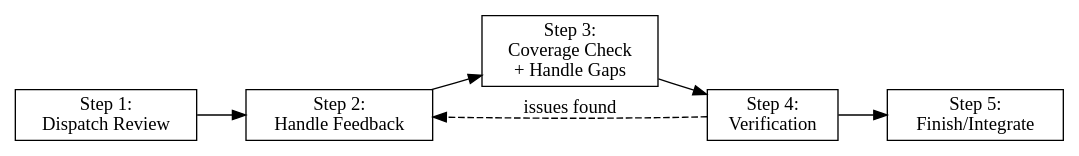
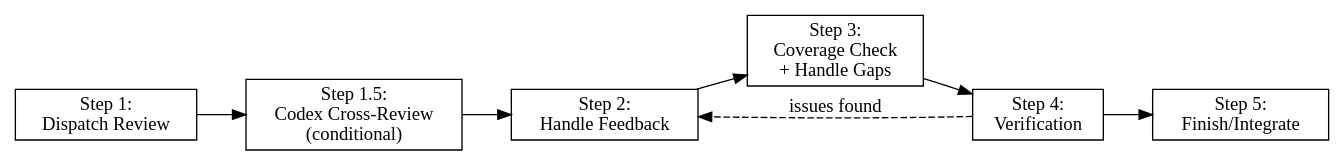
Before and after one commit to knotmark-ai/devmuse: the diagram in skills/mu-review/SKILL.md, drawn with Graphviz. The commit also changed other lines of this file and 16 other files, not shown here.

First line of the commit message:
feat: add Codex CLI cross-review capability to mu-review (#10)

````diff
--- a/skills/mu-review/SKILL.md
+++ b/skills/mu-review/SKILL.md
@@ -14,18 +14,20 @@
 ```dot
 digraph review_process {
     rankdir=LR;
     node [shape=box];
 
     dispatch [label="Step 1:\nDispatch Review"];
+    codex [label="Step 1.5:\nCodex Cross-Review\n(conditional)"];
     feedback [label="Step 2:\nHandle Feedback"];
     coverage [label="Step 3:\nCoverage Check\n+ Handle Gaps"];
     verify [label="Step 4:\nVerification"];
     finish [label="Step 5:\nFinish/Integrate"];
 
-    dispatch -> feedback;
+    dispatch -> codex;
+    codex -> feedback;
     feedback -> coverage;
     coverage -> verify;
     verify -> finish;
     verify -> feedback [label="issues found", style=dashed];
 }
 ```
````
